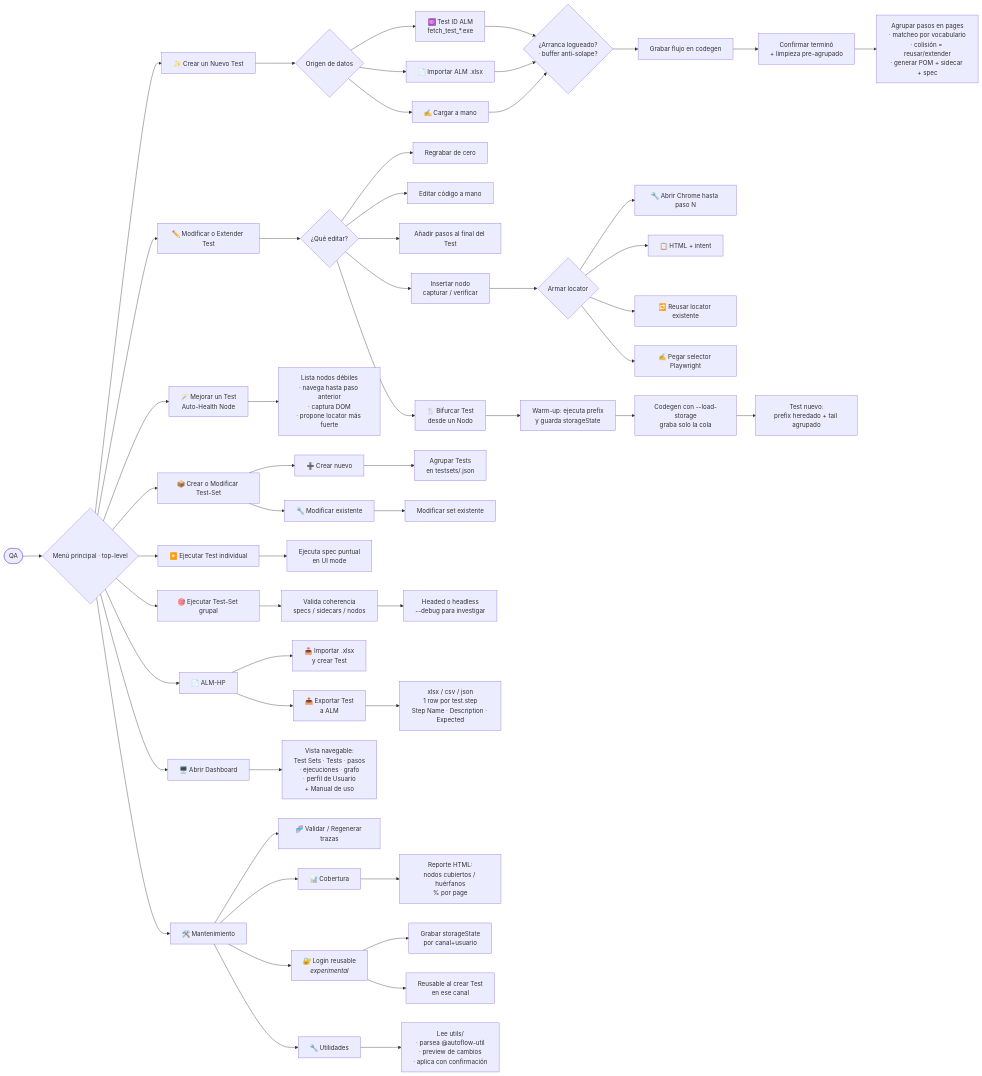
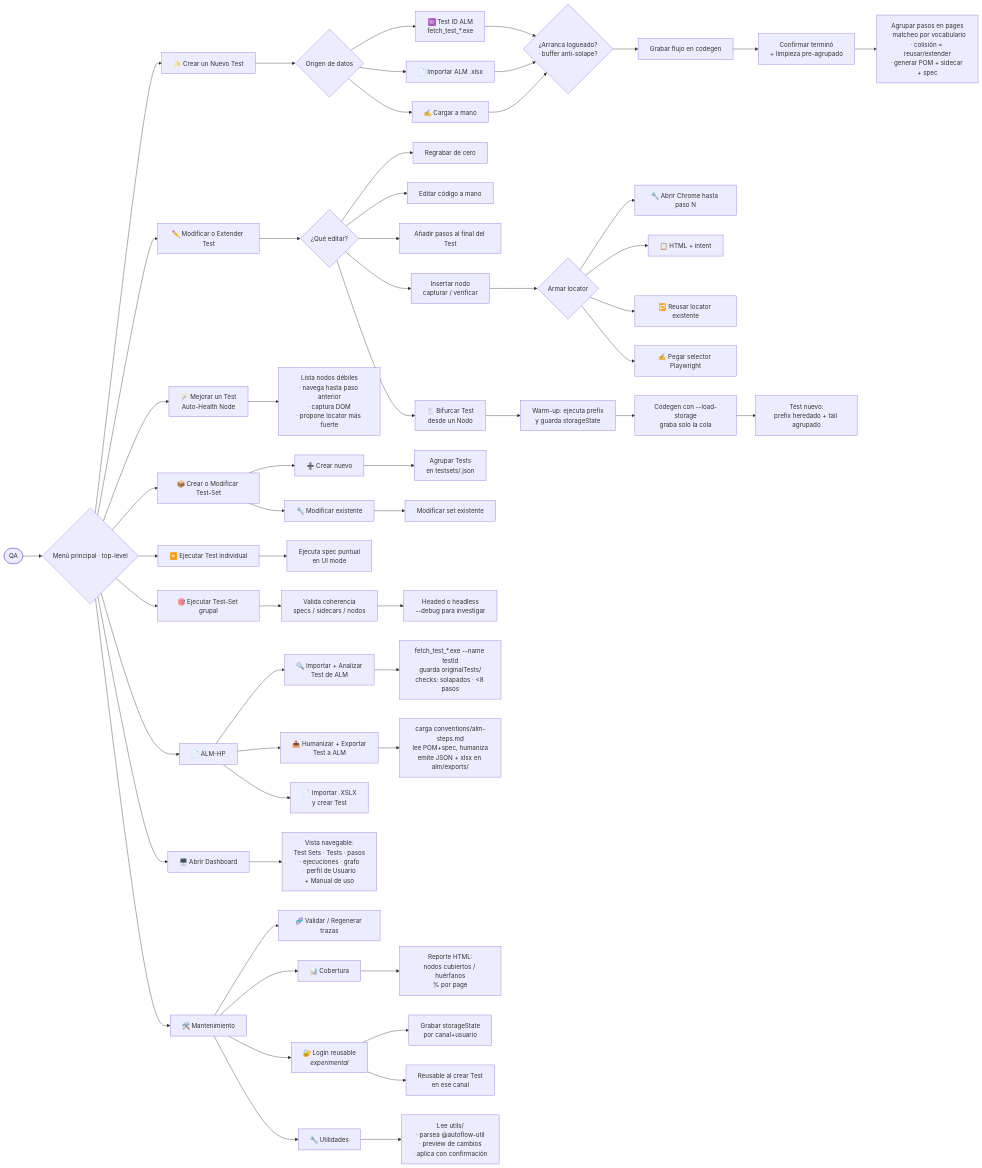
The second of 4 diagrams in README.md (blass1/AutoFlowAgent), drawn with Mermaid before and after one commit. The commit also changed other lines of this file and 13 other files, not shown here.

````diff
--- a/README.md
+++ b/README.md
@@ -53,73 +53,75 @@
 ```mermaid
 flowchart LR
     QA([QA])
     Menu{Menú principal · top-level}
 
     QA --> Menu
 
     Menu --> Crear[✨ Crear un Nuevo Test]
     Menu --> Editar[✏️ Modificar o Extender Test]
     Menu --> AHN[🪄 Mejorar un Test<br/>Auto-Health Node]
     Menu --> TS[📦 Crear o Modificar Test-Set]
     Menu --> Correr[▶️ Ejecutar Test individual]
     Menu --> CorrerTS[🎯 Ejecutar Test-Set grupal]
     Menu --> ALM[📄 ALM-HP]
     Menu --> Dash[🖥️ Abrir Dashboard]
     Menu --> Mant[🛠️ Mantenimiento]
 
     TS --> CrearTS[➕ Crear nuevo]
     TS --> EditarTS[🔧 Modificar existente]
 
-    ALM --> ALMImp[📥 Importar .xlsx<br/>y crear Test]
-    ALM --> ALMExp[📤 Exportar Test<br/>a ALM]
+    ALM --> ALMAnalyze[🔍 Importar + Analizar<br/>Test de ALM]
+    ALM --> ALMExp[📤 Humanizar + Exportar<br/>Test a ALM]
+    ALM --> ALMImp[📄 Importar .XSLX<br/>y crear Test]
 
     Mant --> ValT[🧬 Validar / Regenerar trazas]
     Mant --> Cob[📊 Cobertura]
     Mant --> Auth[🔐 Login reusable<br/><i>experimental</i>]
     Mant --> Utils[🔧 Utilidades]
 
     Crear --> CrearOrigen{Origen de datos}
     CrearOrigen --> CrearTID[🆔 Test ID ALM<br/>fetch_test_*.exe]
     CrearOrigen --> CrearALMImp[📄 Importar ALM .xlsx]
     CrearOrigen --> CrearManual[✍️ Cargar a mano]
     CrearManual --> CrearLogin{¿Arranca logueado?<br/>· buffer anti-solape?}
     CrearALMImp --> CrearLogin
     CrearTID --> CrearLogin
     CrearLogin --> CrearGrabar[Grabar flujo en codegen]
     CrearGrabar --> CrearConfirm[Confirmar terminó<br/>+ limpieza pre-agrupado]
     CrearConfirm --> CrearPOM[Agrupar pasos en pages<br/>· matcheo por vocabulario<br/>· colisión = reusar/extender<br/>· generar POM + sidecar + spec]
 
     Editar --> EditarQue{¿Qué editar?}
     EditarQue --> EditRegrabar[Regrabar de cero]
     EditarQue --> EditCodigo[Editar código a mano]
     EditarQue --> EditAppend[Añadir pasos al final del Test]
     EditarQue --> EditNodo[Insertar nodo<br/>capturar / verificar]
     EditarQue --> EditFork[🍴 Bifurcar Test<br/>desde un Nodo]
     EditFork --> ForkWarmup[Warm-up: ejecuta prefix<br/>y guarda storageState]
     ForkWarmup --> ForkTail[Codegen con --load-storage<br/>graba solo la cola]
     ForkTail --> ForkSpec[Test nuevo:<br/>prefix heredado + tail agrupado]
     EditNodo --> EditNodoLoc{Armar locator}
     EditNodoLoc --> LocPause[🔧 Abrir Chrome hasta paso N]
     EditNodoLoc --> LocHTML[📋 HTML + intent]
     EditNodoLoc --> LocReusar[🔁 Reusar locator existente]
     EditNodoLoc --> LocPegar[✍️ Pegar selector Playwright]
 
     Correr --> CorrerUI[Ejecuta spec puntual<br/>en UI mode]
 
     CrearTS --> TSAgrupar[Agrupar Tests<br/>en testsets/.json]
     EditarTS --> TSEditar[Modificar set existente]
     CorrerTS --> TSValidar[Valida coherencia<br/>specs / sidecars / nodos]
     TSValidar --> TSCorrer[Headed o headless<br/>--debug para investigar]
 
     AHN --> AHNFlow[Lista nodos débiles<br/>· navega hasta paso anterior<br/>· captura DOM<br/>· propone locator más fuerte]
 
     Auth --> AuthGrabar[Grabar storageState<br/>por canal+usuario]
     Auth --> AuthReuso[Reusable al crear Test<br/>en ese canal]
 
-    ALMExp --> ALMExpFlow[xlsx / csv / json<br/>1 row por test.step<br/>Step Name · Description · Expected]
+    ALMAnalyze --> ALMAnalyzeFlow[fetch_test_*.exe --name testid<br/>guarda originalTests/<br/>checks: solapados · <8 pasos]
+    ALMExp --> ALMExpFlow[carga conventions/alm-steps.md<br/>lee POM+spec, humaniza<br/>emite JSON + xlsx en alm/exports/]
 
     Utils --> UtilsFlow[Lee utils/<br/>· parsea @autoflow-util<br/>· preview de cambios<br/>· aplica con confirmación]
 
     Cob --> CobReporte[Reporte HTML:<br/>nodos cubiertos / huérfanos<br/>% por page]
     Dash --> DashHtml[Vista navegable:<br/>Test Sets · Tests · pasos<br/>· ejecuciones · grafo<br/>· perfil de Usuario<br/>+ Manual de uso]
 ```
````
